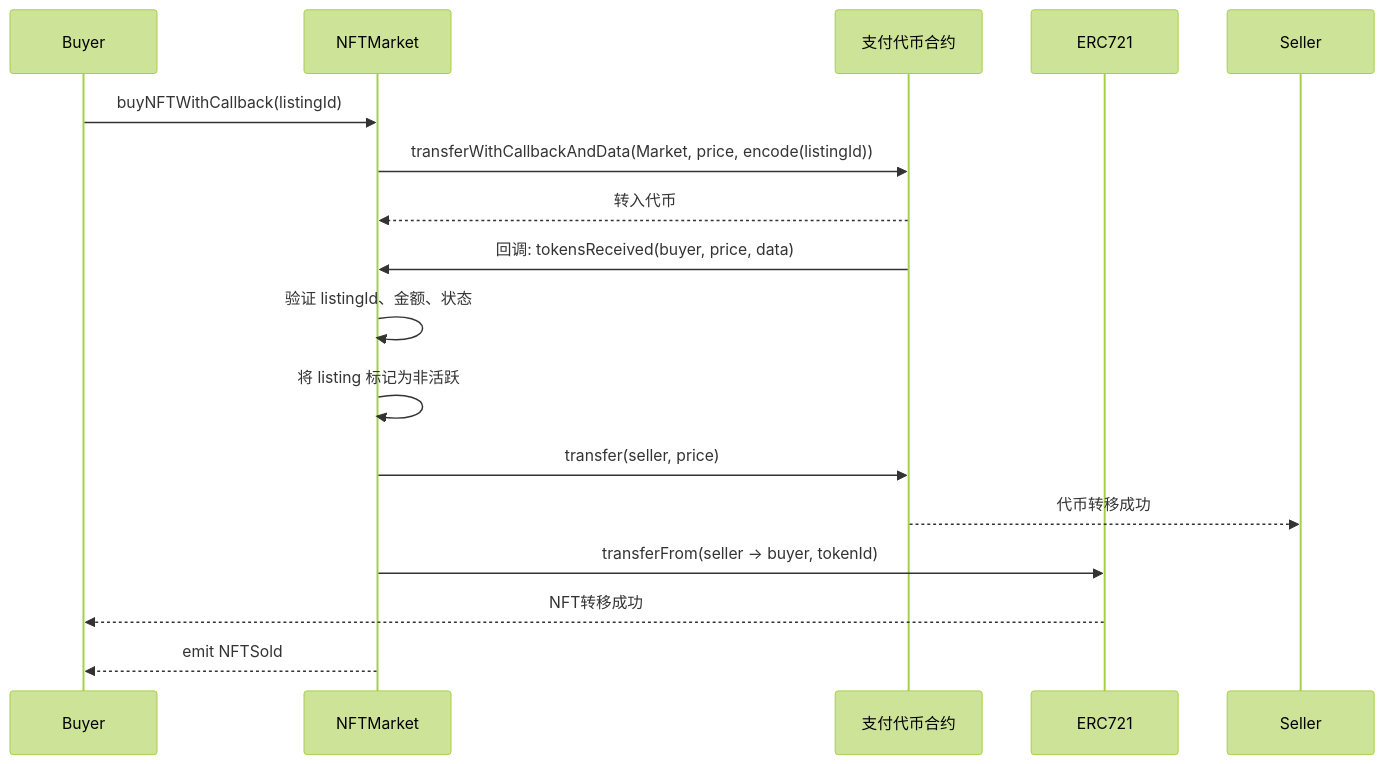
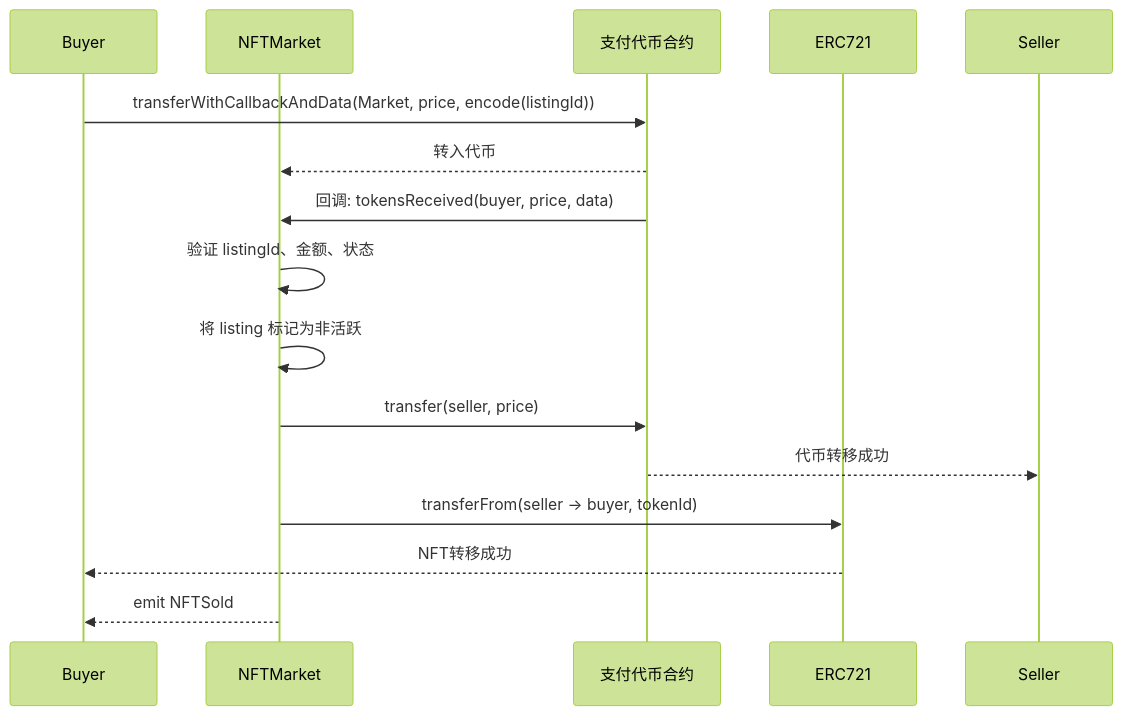
Before and after one commit to ciphermagic/ciphermagic.github.io: the third of 3 diagrams in content/posts/nft-market-callback.md, drawn with Mermaid (forest theme). The commit also changed other lines of this file, not shown here.

First line of the commit message:
docs(nft-market-callback): 更新购买入口函数为前端实现

````diff
--- a/content/posts/nft-market-callback.md
+++ b/content/posts/nft-market-callback.md
@@ -215,20 +258,19 @@
 ```mermaid
 sequenceDiagram
     participant Buyer
     participant Market as NFTMarket
     participant Token as 支付代币合约
     participant NFT as ERC721
     participant Seller
 
-    Buyer->>Market: buyNFTWithCallback(listingId)
-    Market->>Token: transferWithCallbackAndData(Market, price, encode(listingId))
+    Buyer->>Token: transferWithCallbackAndData(Market, price, encode(listingId))
     Token-->>Market: 转入代币
     Token->>Market: 回调: tokensReceived(buyer, price, data)
     Market->>Market: 验证 listingId、金额、状态
     Market->>Market: 将 listing 标记为非活跃
     Market->>Token: transfer(seller, price)
     Token-->>Seller: 代币转移成功
     Market->>NFT: transferFrom(seller → buyer, tokenId)
     NFT-->>Buyer: NFT转移成功
     Market-->>Buyer: emit NFTSold
 ```
````
